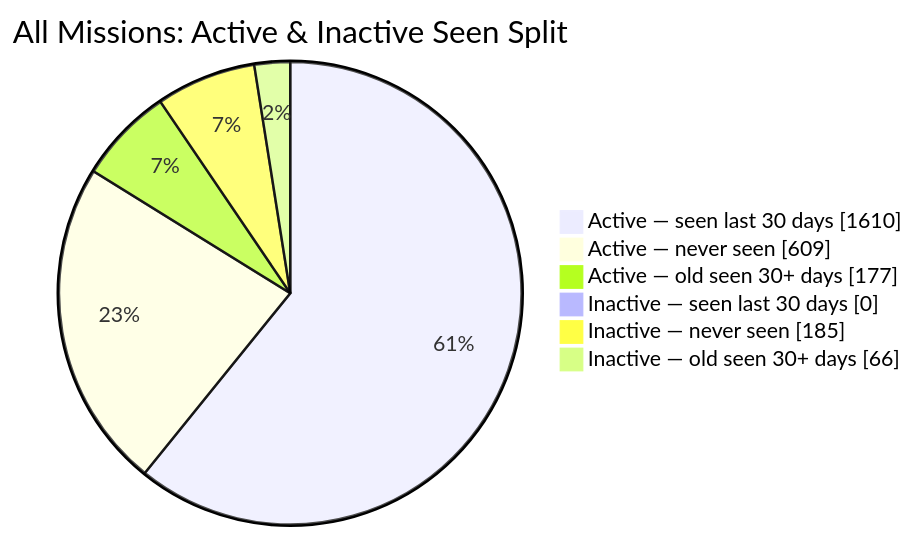
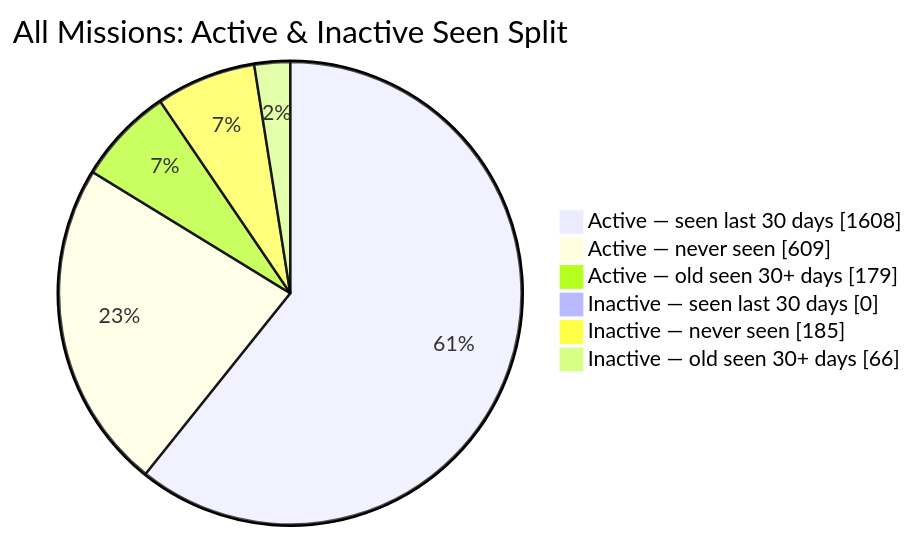
The second of 2 diagrams in README.md (MeldkamerspelGameTeam/active-missions), drawn with Mermaid before and after one commit. The commit also changed other lines of this file and 2 other files, not shown here.

````diff
--- a/README.md
+++ b/README.md
@@ -44,10 +44,10 @@
 ```mermaid
 pie showData
     title All Missions: Active & Inactive Seen Split
-    "Active — seen last 30 days" : 1610
+    "Active — seen last 30 days" : 1608
     "Active — never seen" : 609
-    "Active — old seen 30+ days" : 177
+    "Active — old seen 30+ days" : 179
     "Inactive — seen last 30 days" : 0
     "Inactive — never seen" : 185
     "Inactive — old seen 30+ days" : 66
 ```
````
